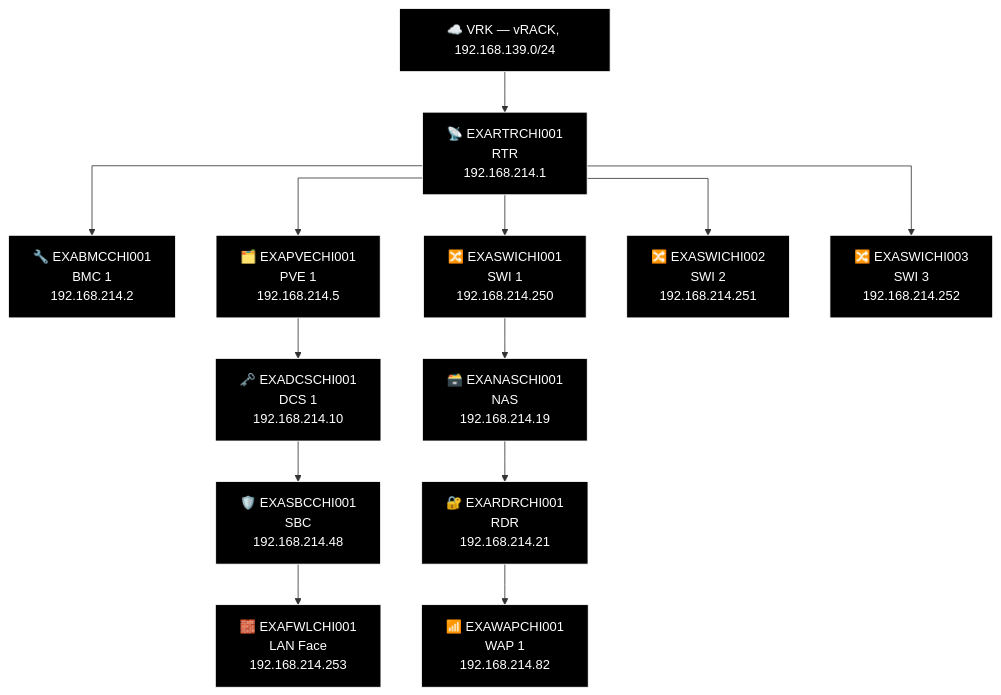
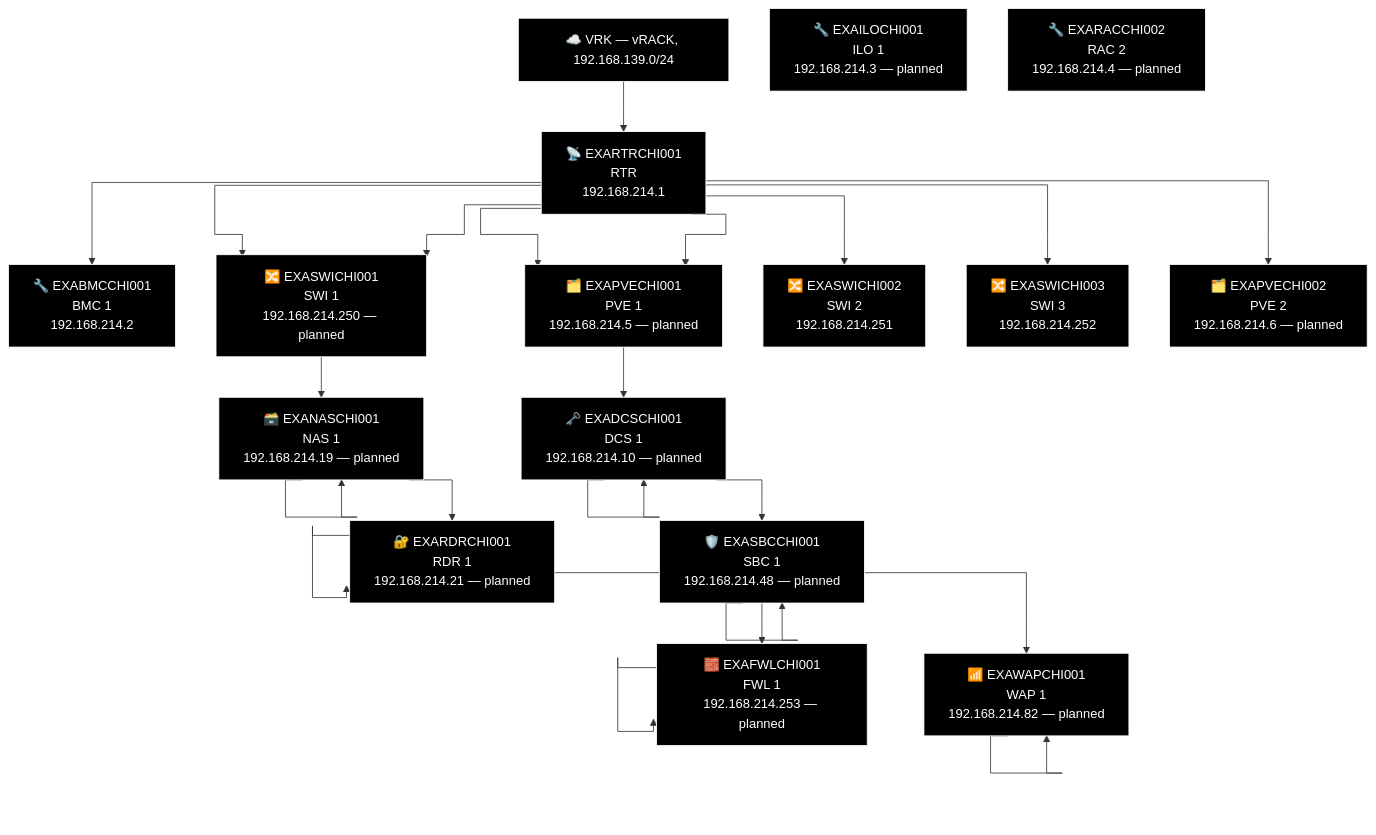
One commit to knightmare2600/example_music_infra changed diagram 15 of 21 in docs/network-diagram/united-states.md. Above: the diagram before and after it, drawn with Mermaid. The commit also changed other lines of this file and 10 other files, not shown here.

````diff
--- a/docs/network-diagram/united-states.md
+++ b/docs/network-diagram/united-states.md
@@ -578,40 +603,65 @@
 ```mermaid
 %% GENERATED:TOPOLOGY:CHI:START
 %%{init: {'flowchart': {'curve': 'stepAfter'}}}%%
 graph TD
     T_VRK["☁️ VRK — vRACK, 192.168.139.0/24"]
     T_RTR["📡 EXARTRCHI001<br/>RTR<br/>192.168.214.1"]
     T_VRK --> T_RTR
     T_BMC["🔧 EXABMCCHI001<br/>BMC 1<br/>192.168.214.2"]
     T_RTR --> T_BMC
     T_PVE["🗂️ EXAPVECHI001<br/>PVE 1<br/>192.168.214.5"]
     T_RTR --> T_PVE
     T_SWI["🔀 EXASWICHI001<br/>SWI 1<br/>192.168.214.250"]
     T_RTR --> T_SWI
     T_SWI2["🔀 EXASWICHI002<br/>SWI 2<br/>192.168.214.251"]
     T_RTR --> T_SWI2
     T_SWI3["🔀 EXASWICHI003<br/>SWI 3<br/>192.168.214.252"]
     T_RTR --> T_SWI3
+    T_SWI["🔀 EXASWICHI001<br/>SWI 1<br/>192.168.214.250 — planned"]
+    T_RTR --> T_SWI
+    T_PVE["🗂️ EXAPVECHI001<br/>PVE 1<br/>192.168.214.5 — planned"]
+    T_RTR --> T_PVE
+    T_PVE2["🗂️ EXAPVECHI002<br/>PVE 2<br/>192.168.214.6 — planned"]
+    T_RTR --> T_PVE2
     T_NAS["🗃️ EXANASCHI001<br/>NAS<br/>192.168.214.19"]
+    T_NAS["🗃️ EXANASCHI001<br/>NAS 1<br/>192.168.214.19 — planned"]
     T_RDR["🔐 EXARDRCHI001<br/>RDR<br/>192.168.214.21"]
+    T_RDR["🔐 EXARDRCHI001<br/>RDR 1<br/>192.168.214.21 — planned"]
     T_WAP["📶 EXAWAPCHI001<br/>WAP 1<br/>192.168.214.82"]
-    T_SWI --> T_NAS --> T_RDR --> T_WAP
+    T_WAP["📶 EXAWAPCHI001<br/>WAP 1<br/>192.168.214.82 — planned"]
+    T_SWI --> T_NAS --> T_NAS --> T_RDR --> T_RDR --> T_WAP --> T_WAP
     T_DCS["🗝️ EXADCSCHI001<br/>DCS 1<br/>192.168.214.10"]
+    T_DCS["🗝️ EXADCSCHI001<br/>DCS 1<br/>192.168.214.10 — planned"]
     T_SBC["🛡️ EXASBCCHI001<br/>SBC<br/>192.168.214.48"]
+    T_SBC["🛡️ EXASBCCHI001<br/>SBC 1<br/>192.168.214.48 — planned"]
     T_FWL["🧱 EXAFWLCHI001<br/>LAN Face<br/>192.168.214.253"]
-    T_PVE --> T_DCS --> T_SBC --> T_FWL
+    T_FWL["🧱 EXAFWLCHI001<br/>FWL 1<br/>192.168.214.253 — planned"]
+    T_PVE --> T_DCS --> T_DCS --> T_SBC --> T_SBC --> T_FWL --> T_FWL
+    T_ILO["🔧 EXAILOCHI001<br/>ILO 1<br/>192.168.214.3 — planned"]
+    T_RAC["🔧 EXARACCHI002<br/>RAC 2<br/>192.168.214.4 — planned"]
     style T_VRK fill:#000000,stroke:#FFFFFF,color:#FFFFFF
     style T_RTR fill:#000000,stroke:#FFFFFF,color:#FFFFFF
     style T_BMC fill:#000000,stroke:#FFFFFF,color:#FFFFFF
     style T_PVE fill:#000000,stroke:#FFFFFF,color:#FFFFFF
     style T_SWI fill:#000000,stroke:#FFFFFF,color:#FFFFFF
     style T_SWI2 fill:#000000,stroke:#FFFFFF,color:#FFFFFF
     style T_SWI3 fill:#000000,stroke:#FFFFFF,color:#FFFFFF
+    style T_SWI fill:#000000,stroke:#FFFFFF,color:#FFFFFF
+    style T_PVE fill:#000000,stroke:#FFFFFF,color:#FFFFFF
+    style T_PVE2 fill:#000000,stroke:#FFFFFF,color:#FFFFFF
+    style T_NAS fill:#000000,stroke:#FFFFFF,color:#FFFFFF
     style T_NAS fill:#000000,stroke:#FFFFFF,color:#FFFFFF
     style T_RDR fill:#000000,stroke:#FFFFFF,color:#FFFFFF
+    style T_RDR fill:#000000,stroke:#FFFFFF,color:#FFFFFF
+    style T_WAP fill:#000000,stroke:#FFFFFF,color:#FFFFFF
     style T_WAP fill:#000000,stroke:#FFFFFF,color:#FFFFFF
     style T_DCS fill:#000000,stroke:#FFFFFF,color:#FFFFFF
+    style T_DCS fill:#000000,stroke:#FFFFFF,color:#FFFFFF
+    style T_SBC fill:#000000,stroke:#FFFFFF,color:#FFFFFF
     style T_SBC fill:#000000,stroke:#FFFFFF,color:#FFFFFF
     style T_FWL fill:#000000,stroke:#FFFFFF,color:#FFFFFF
+    style T_FWL fill:#000000,stroke:#FFFFFF,color:#FFFFFF
+    style T_ILO fill:#000000,stroke:#FFFFFF,color:#FFFFFF
+    style T_RAC fill:#000000,stroke:#FFFFFF,color:#FFFFFF
 %% GENERATED:TOPOLOGY:CHI:END
 ```
````
